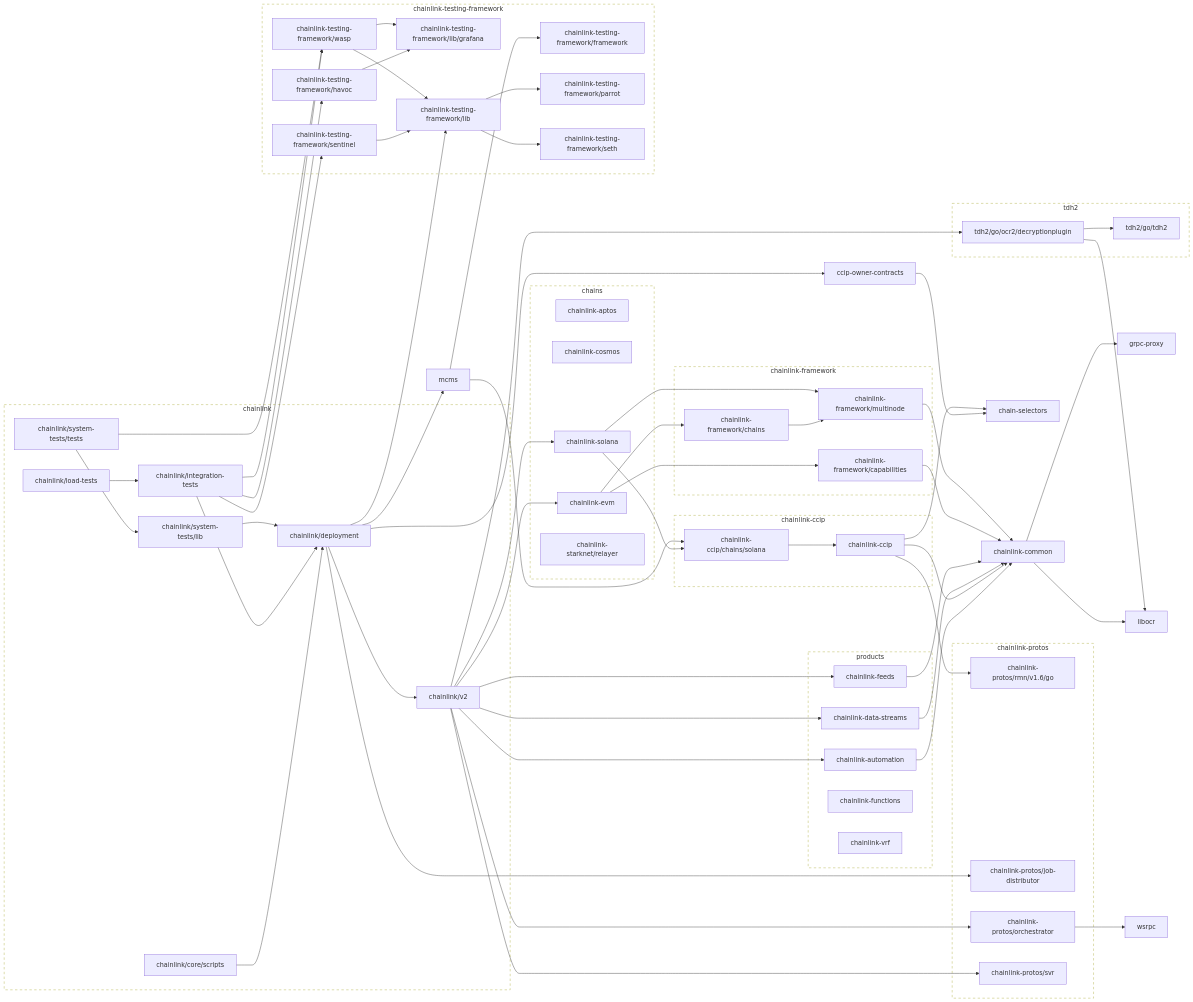
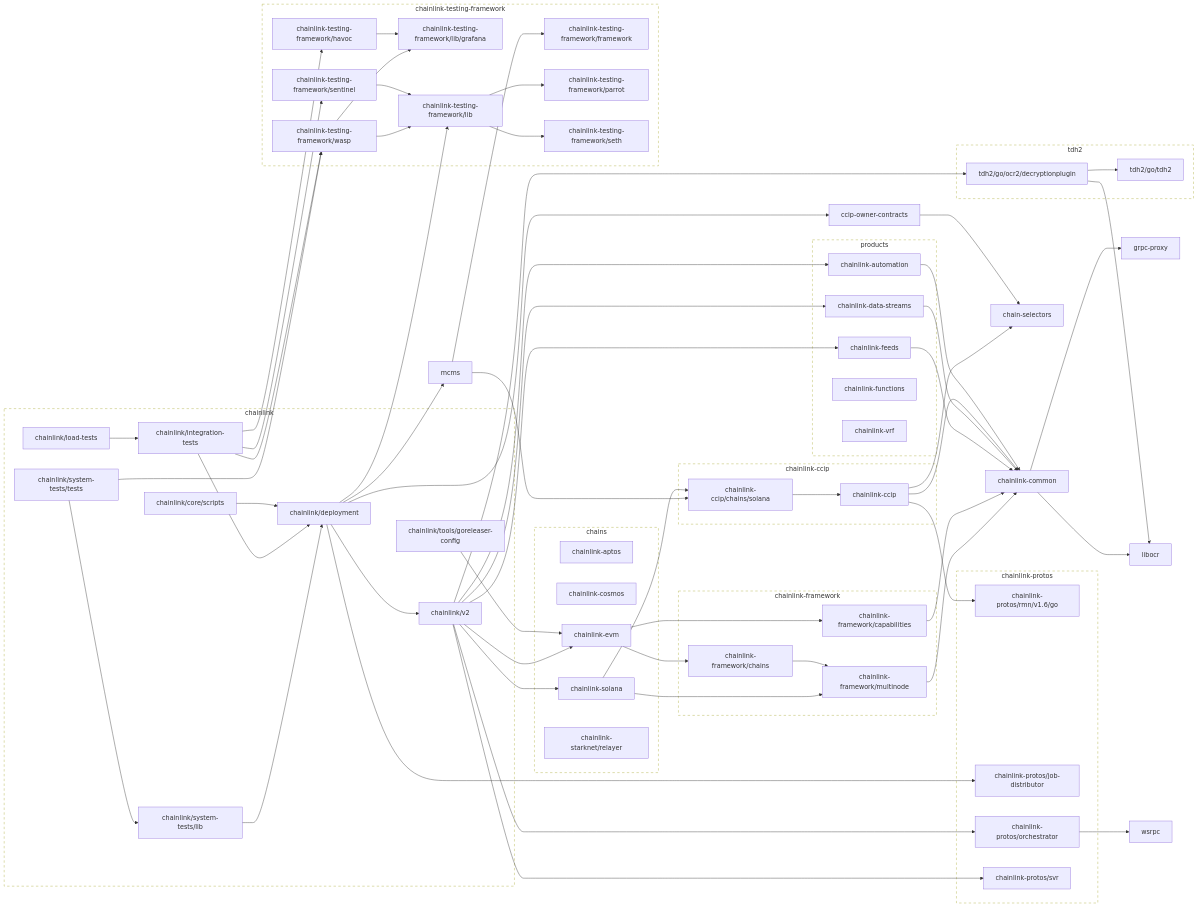
Before and after one commit to JohnDaWalka/chainlink: the second of 2 diagrams in go.md, drawn with Mermaid. The commit also changed 17 other files, not shown here.

```diff
--- a/go.md
+++ b/go.md
@@ -205,6 +205,8 @@
 	chainlink/system-tests/tests --> chainlink-testing-framework/wasp
 	chainlink/system-tests/tests --> chainlink/system-tests/lib
 	click chainlink/system-tests/tests href "https://github.com/smartcontractkit/chainlink"
+	chainlink/tools/goreleaser-config --> chainlink-evm
+	click chainlink/tools/goreleaser-config href "https://github.com/smartcontractkit/chainlink"
 	chainlink/v2 --> chainlink-automation
 	chainlink/v2 --> chainlink-data-streams
 	chainlink/v2 --> chainlink-evm
@@ -236,6 +238,7 @@
 		 chainlink/load-tests
 		 chainlink/system-tests/lib
 		 chainlink/system-tests/tests
+		 chainlink/tools/goreleaser-config
 		 chainlink/v2
 	end
 	click chainlink-repo href "https://github.com/smartcontractkit/chainlink"
```
